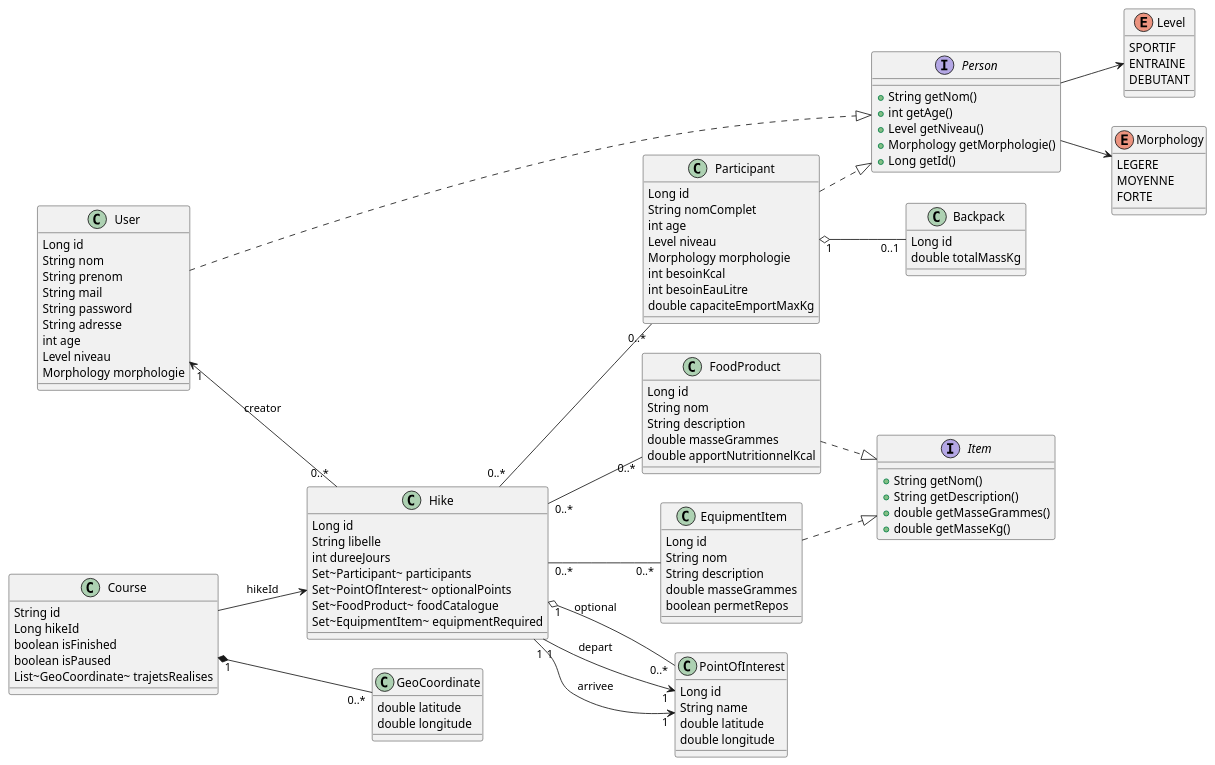
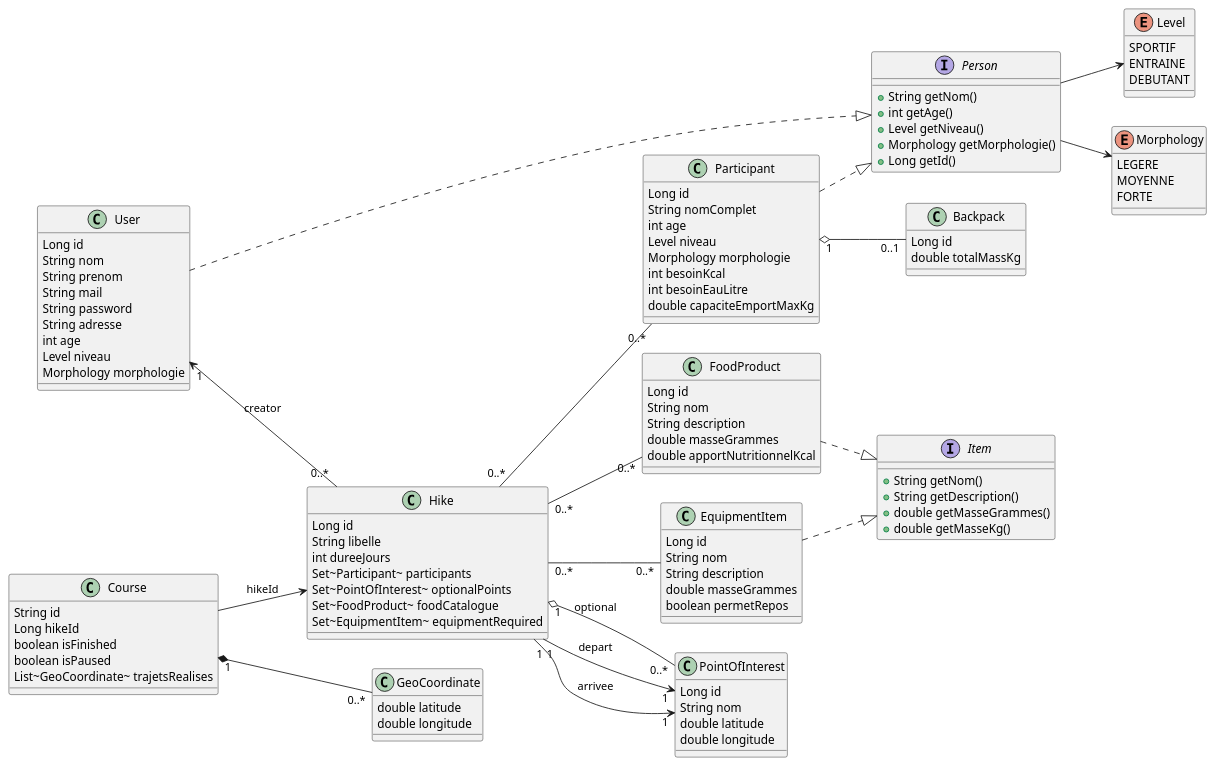
The diagram in src/main/resources/diagramme.puml (4aWalk/api-4aWalk), drawn with PlantUML before and after one commit. The commit also changed 3 other files, not shown here.

```diff
--- a/src/main/resources/diagramme.puml
+++ b/src/main/resources/diagramme.puml
@@ -1,134 +1,134 @@
 @startuml
 left to right direction
 
 ' ==== Interfaces & enums ====
 interface Person {
   +String getNom()
   +int getAge()
   +Level getNiveau()
   +Morphology getMorphologie()
   +Long getId()
 }
 
 interface Item {
   +String getNom()
   +String getDescription()
   +double getMasseGrammes()
   +double getMasseKg()
 }
 
 enum Level {
   SPORTIF
   ENTRAINE
   DEBUTANT
 }
 
 enum Morphology {
   LEGERE
   MOYENNE
   FORTE
 }
 
 ' ==== Entités JPA ====
 
 class User {
   Long id
   String nom
   String prenom
   String mail
   String password
   String adresse
   int age
   Level niveau
   Morphology morphologie
 }
 
 class Hike {
   Long id
   String libelle
   int dureeJours
   Set~Participant~ participants
   Set~PointOfInterest~ optionalPoints
   Set~FoodProduct~ foodCatalogue
   Set~EquipmentItem~ equipmentRequired
 }
 
 class Participant {
   Long id
   String nomComplet
   int age
   Level niveau
   Morphology morphologie
   int besoinKcal
   int besoinEauLitre
   double capaciteEmportMaxKg
 }
 
 class Backpack {
   Long id
   double totalMassKg
 }
 
 class FoodProduct {
   Long id
   String nom
   String description
   double masseGrammes
   double apportNutritionnelKcal
 }
 
 class EquipmentItem {
   Long id
   String nom
   String description
   double masseGrammes
   boolean permetRepos
 }
 
 class PointOfInterest {
   Long id
-  String name
+  String nom
   double latitude
   double longitude
 }
 
 ' ==== MongoDB ====
 
 class Course {
   String id
   Long hikeId
   boolean isFinished
   boolean isPaused
   List~GeoCoordinate~ trajetsRealises
 }
 
 class GeoCoordinate {
   double latitude
   double longitude
 }
 
 ' ==== Interfaces ====
 User ..|> Person
 Participant ..|> Person
 FoodProduct ..|> Item
 EquipmentItem ..|> Item
 
 Person --> Level
 Person --> Morphology
 
 ' ==== Relations ====
 User "1" <-- "0..*" Hike : creator
 Hike "0..*" -- "0..*" Participant
 Participant "1" o-- "0..1" Backpack
 
 Hike "1" o-- "0..*" PointOfInterest : optional
 Hike "1" --> "1" PointOfInterest : depart
 Hike "1" --> "1" PointOfInterest : arrivee
 
 Hike "0..*" -- "0..*" FoodProduct
 Hike "0..*" -- "0..*" EquipmentItem
 
 Course "1" *-- "0..*" GeoCoordinate
 Course --> Hike : hikeId
 
 @enduml
```
